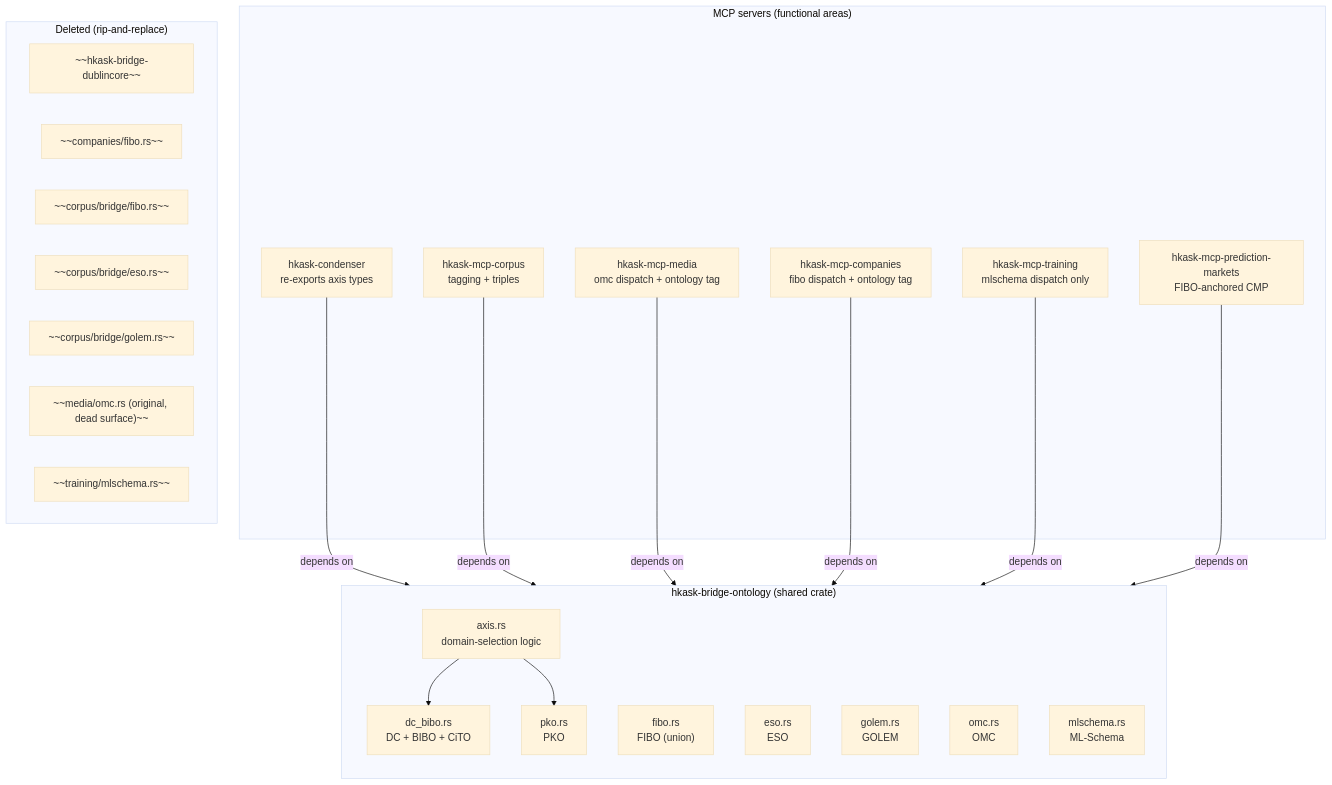
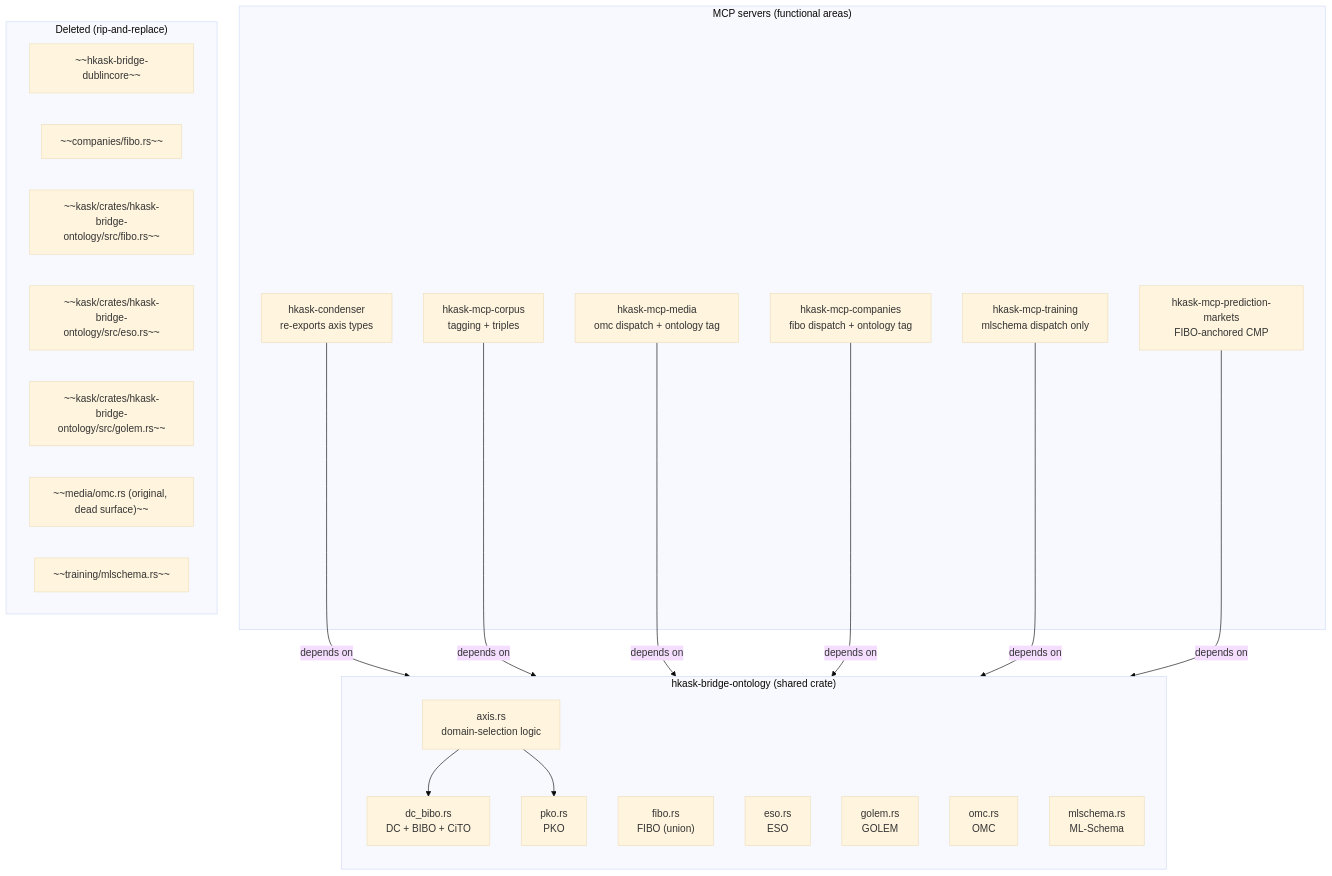
Before and after one commit to mdz-axo/zed-kask: the first of 2 diagrams in kask/docs/diagrams/architecture-ontology-bridge.md, drawn with Mermaid (base theme). The commit also changed 18 other files, not shown here.

````diff
--- a/kask/docs/diagrams/architecture-ontology-bridge.md
+++ b/kask/docs/diagrams/architecture-ontology-bridge.md
@@ -19,42 +19,42 @@
 ```mermaid
 graph TD
     subgraph shared["hkask-bridge-ontology (shared crate)"]
         direction TB
         axis["axis.rs<br/>domain-selection logic"]
         dc_bibo["dc_bibo.rs<br/>DC + BIBO + CiTO"]
         pko["pko.rs<br/>PKO"]
         fibo["fibo.rs<br/>FIBO (union)"]
         eso["eso.rs<br/>ESO"]
         golem["golem.rs<br/>GOLEM"]
         omc["omc.rs<br/>OMC"]
         mlschema["mlschema.rs<br/>ML-Schema"]
         axis --> dc_bibo
         axis --> pko
     end
 
     subgraph servers["MCP servers (functional areas)"]
         condenser["hkask-condenser<br/>re-exports axis types"]
         corpus["hkask-mcp-corpus<br/>tagging + triples"]
         media["hkask-mcp-media<br/>omc dispatch + ontology tag"]
         companies["hkask-mcp-companies<br/>fibo dispatch + ontology tag"]
         training["hkask-mcp-training<br/>mlschema dispatch only"]
         pm["hkask-mcp-prediction-markets<br/>FIBO-anchored CMP"]
     end
 
     condenser -->|"depends on"| shared
     corpus -->|"depends on"| shared
     media -->|"depends on"| shared
     companies -->|"depends on"| shared
     training -->|"depends on"| shared
     pm -->|"depends on"| shared
 
     subgraph deleted["Deleted (rip-and-replace)"]
         old_dc["~~hkask-bridge-dublincore~~"]
         old_fibo_co["~~companies/fibo.rs~~"]
-        old_fibo_cu["~~corpus/bridge/fibo.rs~~"]
-        old_eso["~~corpus/bridge/eso.rs~~"]
-        old_golem["~~corpus/bridge/golem.rs~~"]
+        old_fibo_cu["~~kask/crates/hkask-bridge-ontology/src/fibo.rs~~"]
+        old_eso["~~kask/crates/hkask-bridge-ontology/src/eso.rs~~"]
+        old_golem["~~kask/crates/hkask-bridge-ontology/src/golem.rs~~"]
         old_omc["~~media/omc.rs (original, dead surface)~~"]
         old_ml["~~training/mlschema.rs~~"]
     end
 ```
````
